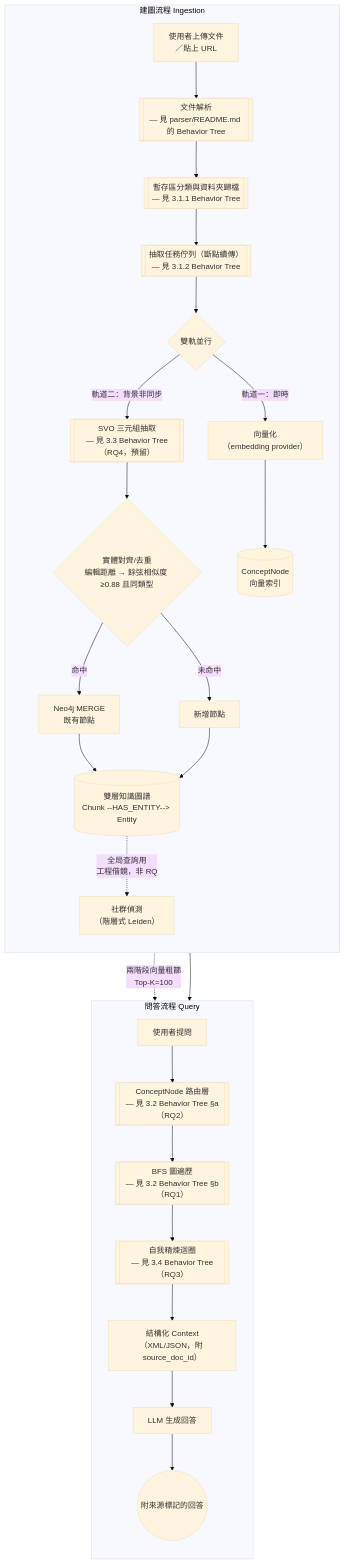
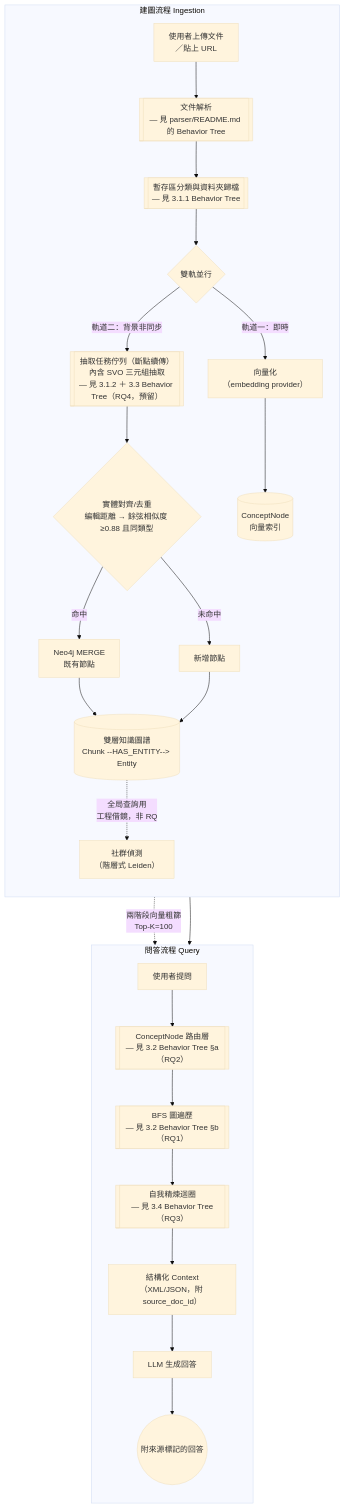
Before and after one commit to Chester930/world-knowledge-graph-rag: the first of 8 diagrams in docs/論文/03_系統設計與方法論.md, drawn with Mermaid (base theme). The commit also changed other lines of this file, not shown here.

First line of the commit message:
docs(論文): 修正 3.1 總覽圖與 3.1.1/3.1.2 之間的節點重複定義問題

````diff
--- a/docs/論文/03_系統設計與方法論.md
+++ b/docs/論文/03_系統設計與方法論.md
@@ -11,33 +11,32 @@
 ```mermaid
 flowchart TD
     subgraph ING["建圖流程 Ingestion"]
         direction TB
         UP["使用者上傳文件<br/>／貼上 URL"] --> PARSE
         PARSE[["文件解析<br/>— 見 parser/README.md 的 Behavior Tree"]] --> STAGE
-        STAGE[["暫存區分類與資料夾歸檔<br/>— 見 3.1.1 Behavior Tree"]] --> QUEUE
-        QUEUE[["抽取任務佇列（斷點續傳）<br/>— 見 3.1.2 Behavior Tree"]] --> SPLIT{"雙軌並行"}
+        STAGE[["暫存區分類與資料夾歸檔<br/>— 見 3.1.1 Behavior Tree"]] --> SPLIT{"雙軌並行"}
         SPLIT -->|"軌道一：即時"| VEC["向量化<br/>（embedding provider）"]
-        SPLIT -->|"軌道二：背景非同步"| SVO
-        SVO[["SVO 三元組抽取<br/>— 見 3.3 Behavior Tree（RQ4，預留）"]]
-        SVO --> DEDUP{"實體對齊/去重<br/>編輯距離 → 餘弦相似度 ≥0.88 且同類型"}
+        SPLIT -->|"軌道二：背景非同步"| QUEUE
+        QUEUE[["抽取任務佇列（斷點續傳）<br/>內含 SVO 三元組抽取<br/>— 見 3.1.2 ＋ 3.3 Behavior Tree（RQ4，預留）"]]
+        QUEUE --> DEDUP{"實體對齊/去重<br/>編輯距離 → 餘弦相似度 ≥0.88 且同類型"}
         DEDUP -->|命中| MERGE["Neo4j MERGE<br/>既有節點"]
         DEDUP -->|未命中| CREATE[新增節點]
         VEC --> CONCEPTIDX[("ConceptNode<br/>向量索引")]
         MERGE --> KG[("雙層知識圖譜<br/>Chunk --HAS_ENTITY--> Entity")]
         CREATE --> KG
         KG -.->|"全局查詢用<br/>工程借鏡，非 RQ"| COMM["社群偵測<br/>（階層式 Leiden）"]
     end
 
     subgraph QRY["問答流程 Query"]
         direction TB
         Q["使用者提問"] --> ROUTE
         ROUTE[["ConceptNode 路由層<br/>— 見 3.2 Behavior Tree §a（RQ2）"]] --> BFS
         BFS[["BFS 圖遍歷<br/>— 見 3.2 Behavior Tree §b（RQ1）"]] --> REFINE
         REFINE[["自我精煉迴圈<br/>— 見 3.4 Behavior Tree（RQ3）"]] --> CTX
         CTX["結構化 Context<br/>（XML/JSON，附 source_doc_id）"] --> LLM
         LLM["LLM 生成回答"] --> CITE(("附來源標記的回答"))
     end
 
     CONCEPTIDX -.->|"兩階段向量粗篩<br/>Top-K=100"| ROUTE
     KG --> BFS
 ```
````
